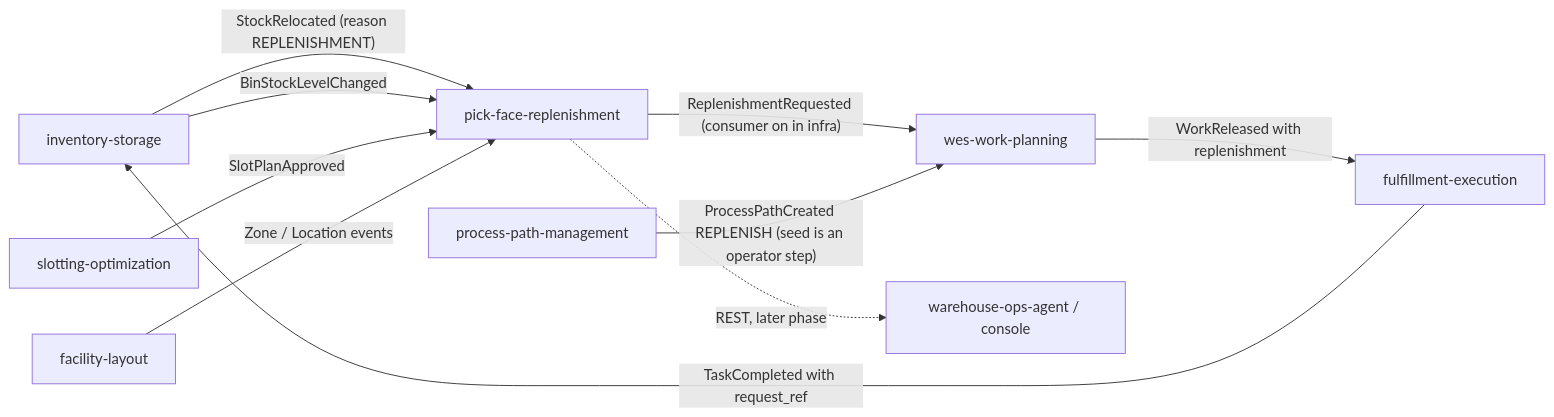
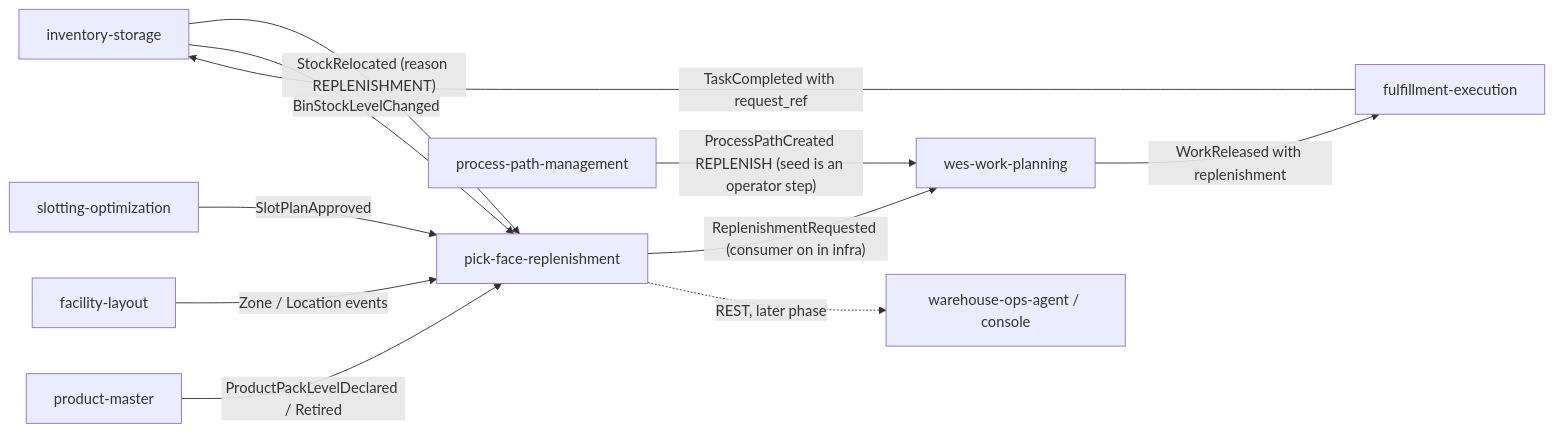
Before and after one commit to IQVO/pick-face-replenishment: the diagram in docs/docs/ecosystem/integration.md, drawn with Mermaid. The commit also changed other lines of this file and 13 other files, not shown here.

````diff
--- a/docs/docs/ecosystem/integration.md
+++ b/docs/docs/ecosystem/integration.md
@@ -46,20 +47,22 @@
 ```mermaid
 flowchart LR
     INV["inventory-storage"]
     SLOT["slotting-optimization"]
     LAY["facility-layout"]
+    PM["product-master"]
     PFR["pick-face-replenishment"]
     WP["wes-work-planning"]
     PPM["process-path-management"]
     FE["fulfillment-execution"]
     OPS["warehouse-ops-agent / console"]
     INV -->|"StockRelocated (reason REPLENISHMENT)"| PFR
     INV -->|BinStockLevelChanged| PFR
     SLOT -->|SlotPlanApproved| PFR
     LAY -->|"Zone / Location events"| PFR
+    PM -->|"ProductPackLevelDeclared / Retired"| PFR
     PFR -->|"ReplenishmentRequested (consumer on in infra)"| WP
     PPM -->|"ProcessPathCreated REPLENISH (seed is an operator step)"| WP
     WP -->|"WorkReleased with replenishment"| FE
     FE -->|"TaskCompleted with request_ref"| INV
     PFR -.->|REST, later phase| OPS
 ```
````
